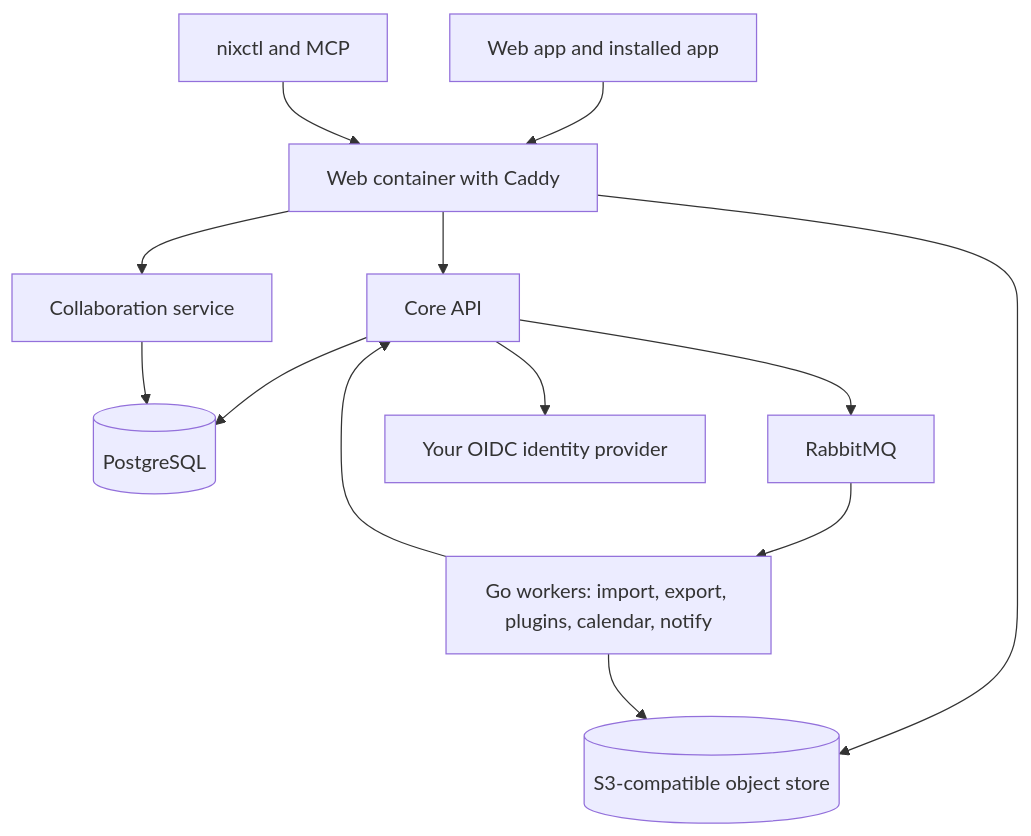
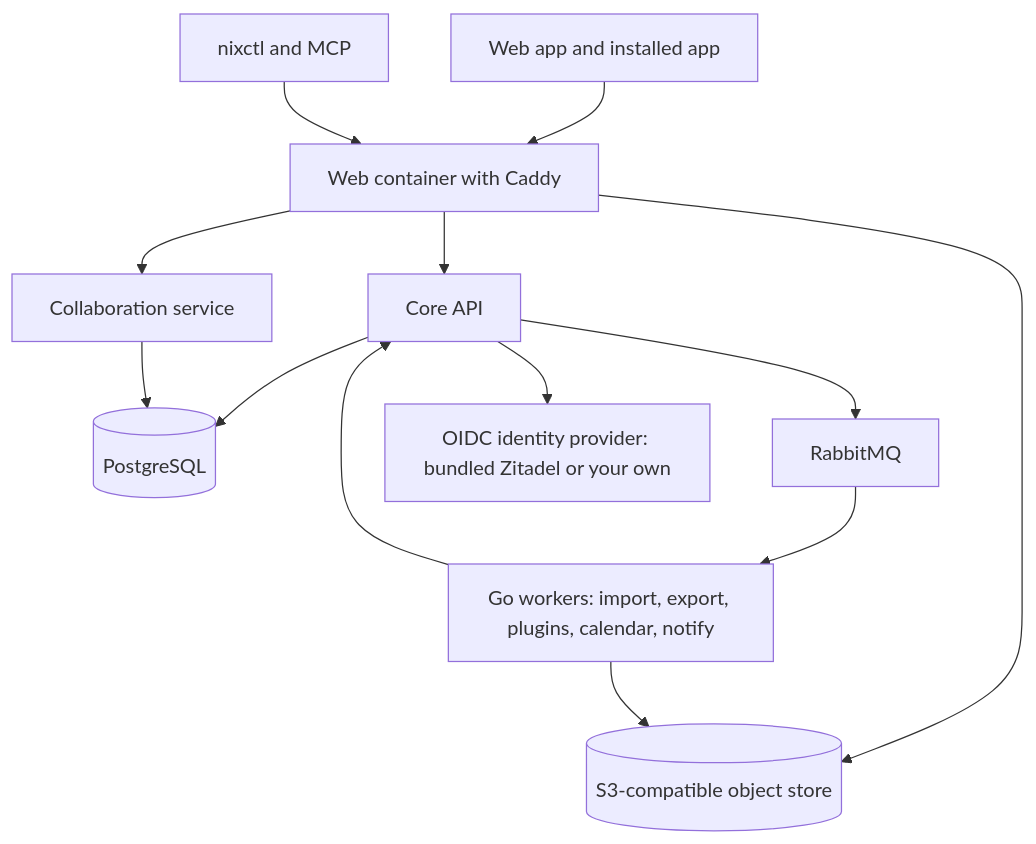
Before and after one commit to sianachi/Nix: the diagram in docs/site/nix-docs/markdown/deployment/index.md, drawn with Mermaid. The commit also changed other lines of this file and 65 other files, not shown here.

````diff
--- a/docs/site/nix-docs/markdown/deployment/index.md
+++ b/docs/site/nix-docs/markdown/deployment/index.md
@@ -12,16 +14,16 @@
 ```mermaid
 %% diagram
 flowchart TB
   Browser[Web app and installed app] --> Edge[Web container with Caddy]
   CLI[nixctl and MCP] --> Edge
   Edge --> Core[Core API]
   Edge --> Collab[Collaboration service]
   Edge --> Store[(S3-compatible object store)]
   Core --> PG[(PostgreSQL)]
   Collab --> PG
   Core --> MQ[RabbitMQ]
   MQ --> Workers[Go workers: import, export, plugins, calendar, notify]
   Workers --> Core
   Workers --> Store
-  Core --> IdP[Your OIDC identity provider]
+  Core --> IdP[OIDC identity provider: bundled Zitadel or your own]
 ```
````
